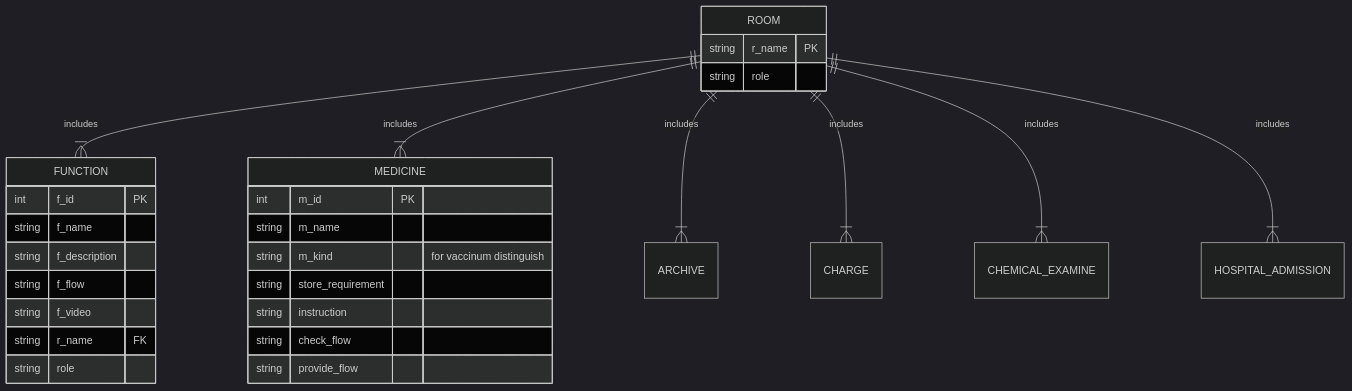
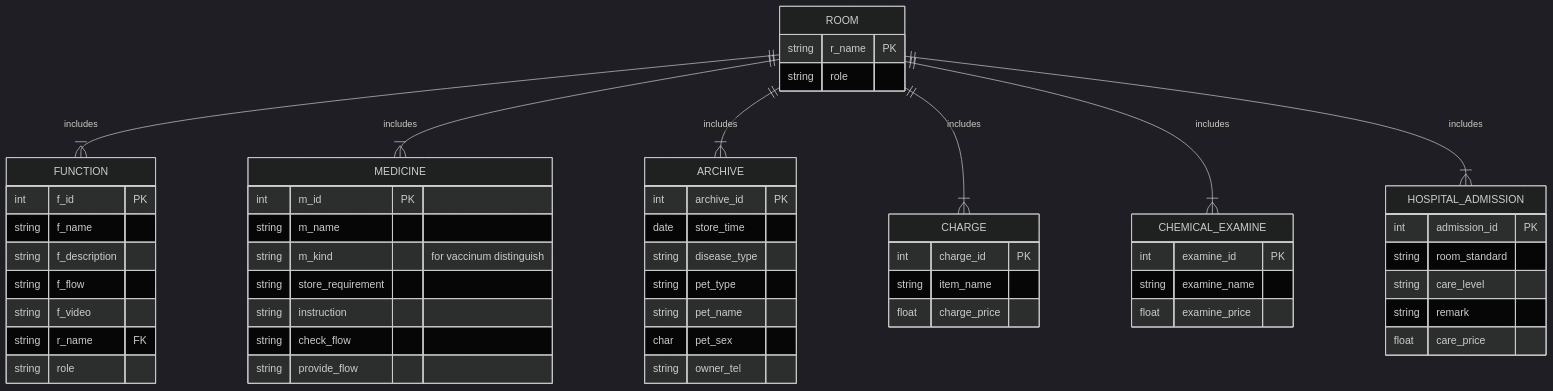
One commit to SoftwareDevelopmentPractice6/virtualPetHospital-backend changed the diagram in system/README.md. Above: the diagram before and after it, drawn with Mermaid (dark theme). The commit also changed other lines of this file, not shown here.

Commit message:
docs: Finish system er graph

````diff
--- a/system/README.md
+++ b/system/README.md
@@ -30,43 +30,57 @@
 ``` mermaid
 erDiagram
-	ROOM ||--|{ FUNCTION : includes
-	ROOM ||--|{ MEDICINE : includes
-	ROOM ||--|{ ARCHIVE : includes
-	ROOM ||--|{ CHARGE : includes
-	ROOM ||--|{ CHEMICAL_EXAMINE : includes
-	ROOM ||--|{ HOSPITAL_ADMISSION : includes
-	ROOM {
-		string r_name PK
-		string role
-	}
-	FUNCTION {
-		int f_id PK
-		string f_name
-		string f_description
-		string f_flow
-		string f_video
-		string r_name FK
-		string role
-	}
-	MEDICINE {
-		int m_id PK
-		string m_name
-		string m_kind "for vaccinum distinguish"
-		string store_requirement
-		string instruction
-		string check_flow
-		string provide_flow
-	}
-	ARCHIVE {
-
-	}
-	CHARGE {
-
-	}
-	CHEMICAL_EXAMINE {
-
-	}
-	HOSPITAL_ADMISSION {
-
-	}
+    ROOM ||--|{ FUNCTION : includes
+    ROOM ||--|{ MEDICINE : includes
+    ROOM ||--|{ ARCHIVE : includes
+    ROOM ||--|{ CHARGE : includes
+    ROOM ||--|{ CHEMICAL_EXAMINE : includes
+    ROOM ||--|{ HOSPITAL_ADMISSION : includes
+    ROOM {
+        string r_name PK
+        string role
+    }
+    FUNCTION {
+        int f_id PK
+        string f_name
+        string f_description
+        string f_flow
+        string f_video
+        string r_name FK
+        string role
+    }
+    MEDICINE {
+        int m_id PK
+        string m_name
+        string m_kind "for vaccinum distinguish"
+        string store_requirement
+        string instruction
+        string check_flow
+        string provide_flow
+    }
+    ARCHIVE {
+        int archive_id PK
+        date store_time
+        string disease_type
+        string pet_type
+        string pet_name
+        char pet_sex
+        string owner_tel
+    }
+    CHARGE {
+        int charge_id PK
+        string item_name
+        float charge_price
+    }
+    CHEMICAL_EXAMINE {
+        int examine_id PK
+        string examine_name
+        float examine_price
+    }
+    HOSPITAL_ADMISSION {
+        int admission_id PK
+        string room_standard
+        string care_level
+        string remark
+        float care_price
+    }
 ```
````
